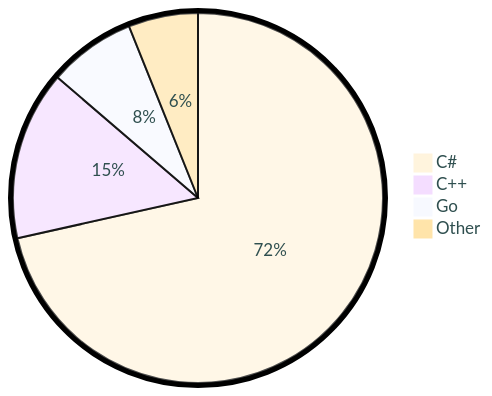
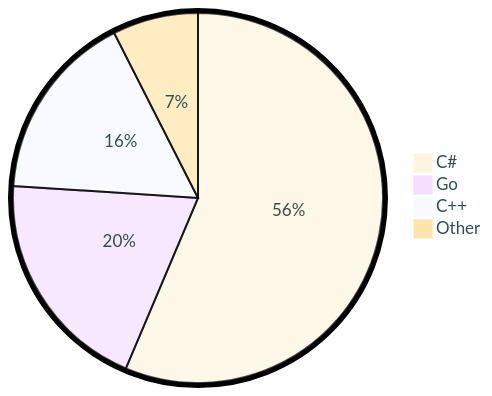
Before and after one commit to tot0p/tot0p: the diagram in README.md, drawn with Mermaid. The commit also changed other lines of this file, not shown here.

````diff
--- a/README.md
+++ b/README.md
@@ -76,8 +76,8 @@
 ```mermaid
 %%{init: {"pie": {"textPosition": 0.5}, "themeVariables": {"pieOuterStrokeWidth": "5px","primaryTextColor" : "#2F4F4F"},"theme":"base"} }%%
 pie
-	"C#": 71.51
-	"C++": 14.78
-	"Go": 7.63
-	"Other": 6.08
+	"C#": 56.37
+	"Go": 19.66
+	"C++": 16.48
+	"Other": 7.4799999999999995
 ```
````
